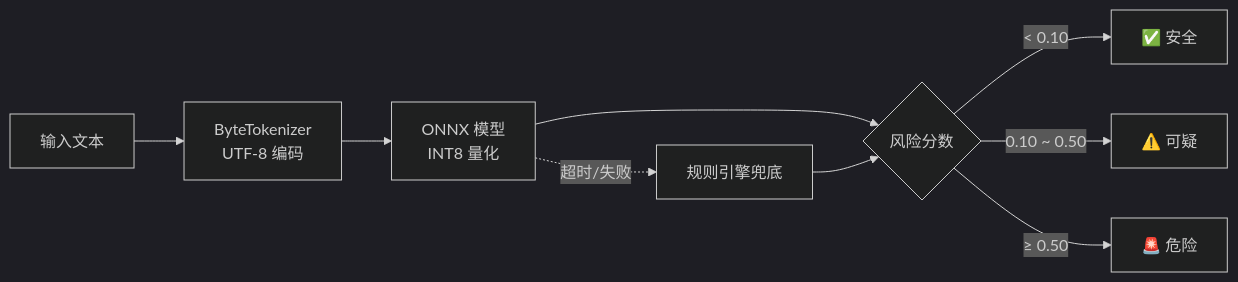
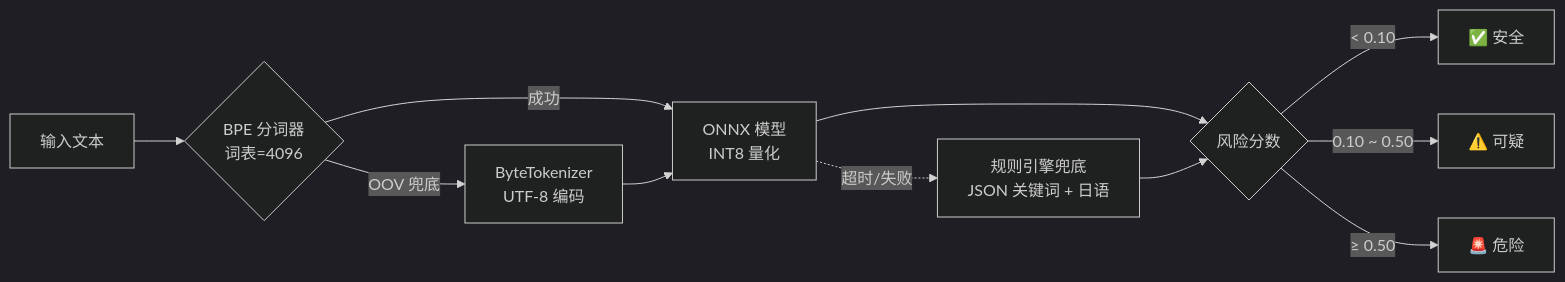
The second of 3 diagrams in readme/README.zh-CN.md (Tianshang301/TianshangGuard), drawn with Mermaid (dark theme) before and after one commit. The commit also changed other lines of this file and 3 other files, not shown here.

````diff
--- a/readme/README.zh-CN.md
+++ b/readme/README.zh-CN.md
@@ -74,11 +131,13 @@
 ```mermaid
 flowchart LR
-    A[输入文本] --> B[ByteTokenizer<br/>UTF-8 编码]
-    B --> C[ONNX 模型<br/>INT8 量化]
-    C --> D{风险分数}
-    D -->|< 0.10| E[✅ 安全]
-    D -->|0.10 ~ 0.50| F[⚠️ 可疑]
-    D -->|≥ 0.50| G[🚨 危险]
-    C -.->|超时/失败| H[规则引擎兜底]
-    H --> D
+    A[输入文本] --> B{BPE 分词器<br/>词表=4096}
+    B -->|成功| C[ONNX 模型<br/>INT8 量化]
+    B -->|OOV 兜底| D[ByteTokenizer<br/>UTF-8 编码]
+    D --> C
+    C --> E{风险分数}
+    E -->|< 0.10| F[✅ 安全]
+    E -->|0.10 ~ 0.50| G[⚠️ 可疑]
+    E -->|≥ 0.50| H[🚨 危险]
+    C -.->|超时/失败| I[规则引擎兜底<br/>JSON 关键词 + 日语]
+    I --> E
 ```
````
